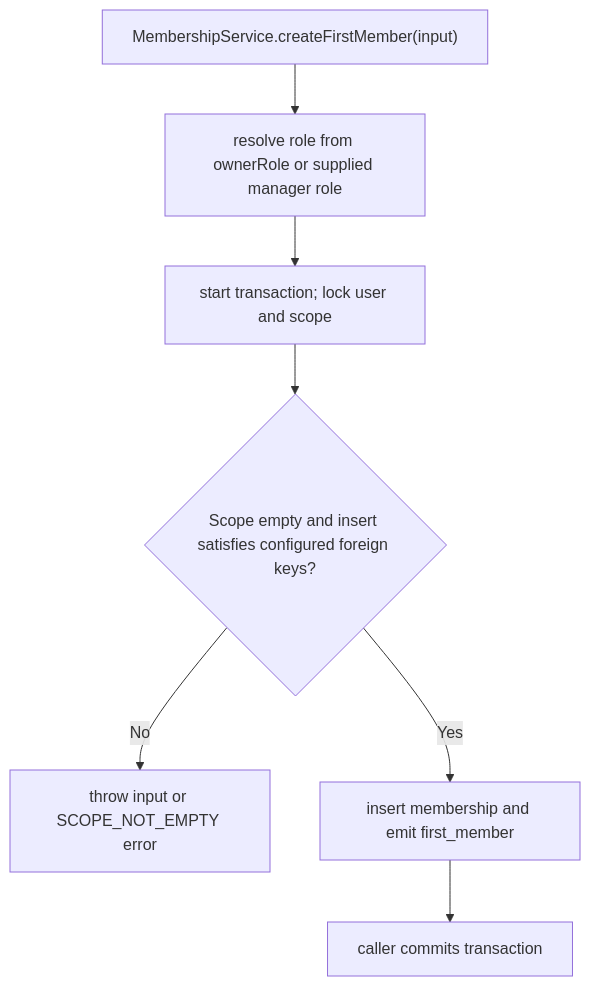
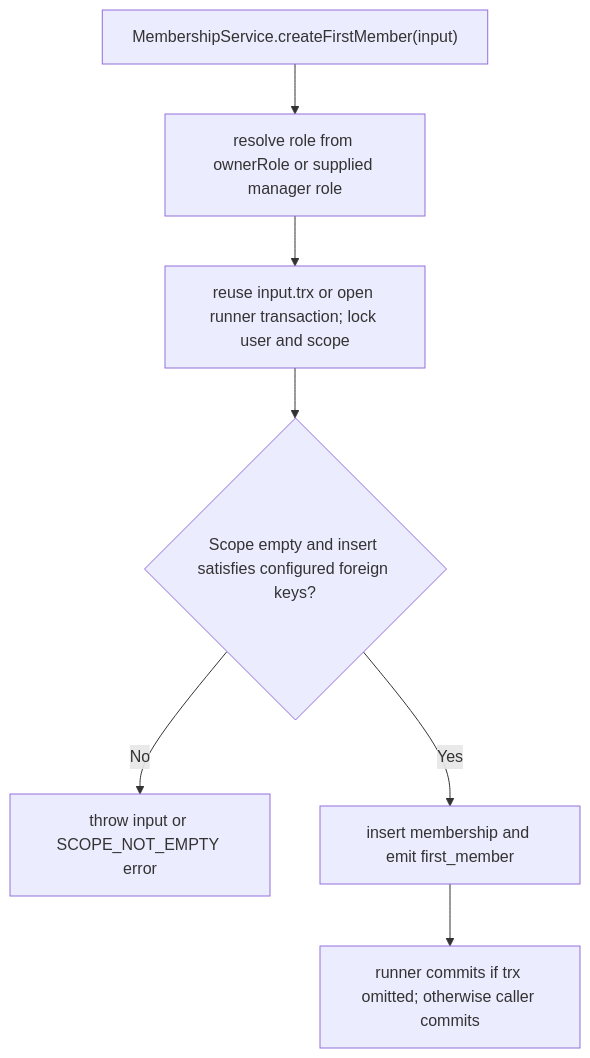
The second of 2 diagrams in user-stories/US-ACCESS-21-bootstrap-first-member.md (Kevinjohn/oss-adonisjs-access-control), drawn with Mermaid before and after one commit. The commit also changed other lines of this file and 6 other files, not shown here.

````diff
--- a/user-stories/US-ACCESS-21-bootstrap-first-member.md
+++ b/user-stories/US-ACCESS-21-bootstrap-first-member.md
@@ -32,9 +32,9 @@
 ```mermaid
 flowchart TD
     A["MembershipService.createFirstMember(input)"] --> B["resolve role from ownerRole or supplied manager role"]
-    B --> C["start transaction; lock user and scope"]
+    B --> C["reuse input.trx or open runner transaction; lock user and scope"]
     C --> D{"Scope empty and insert satisfies configured foreign keys?"}
     D -->|No| E["throw input or SCOPE_NOT_EMPTY error"]
     D -->|Yes| F["insert membership and emit first_member"]
-    F --> G["caller commits transaction"]
+    F --> G["runner commits if trx omitted; otherwise caller commits"]
 ```
````
